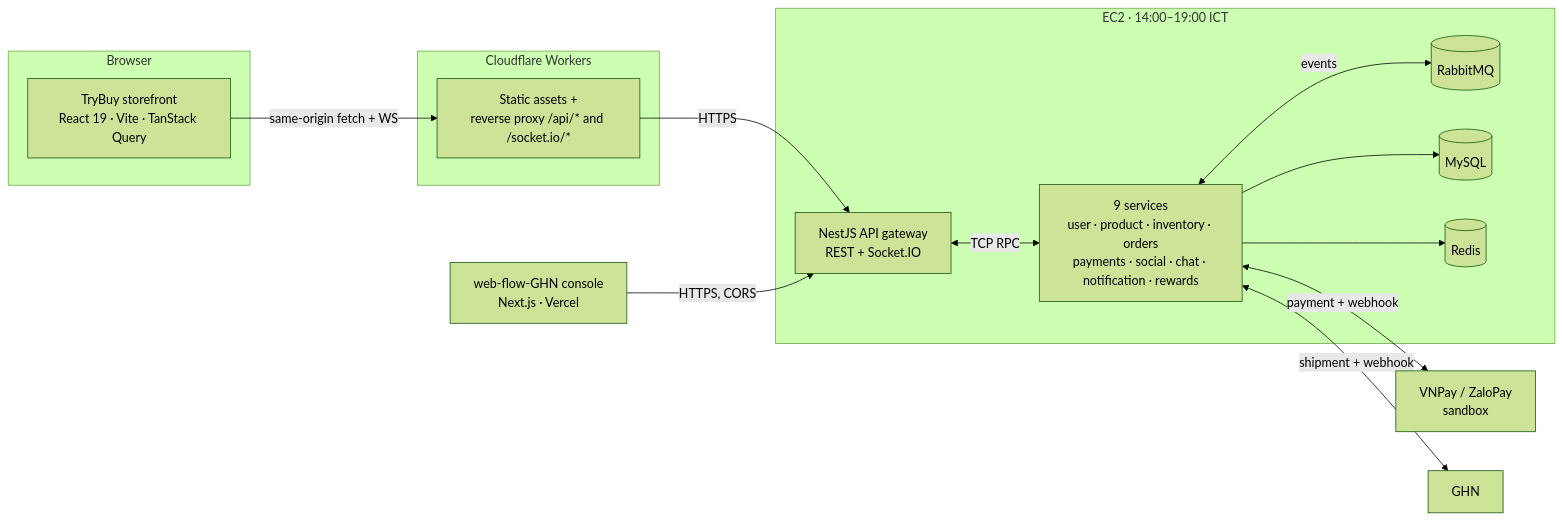
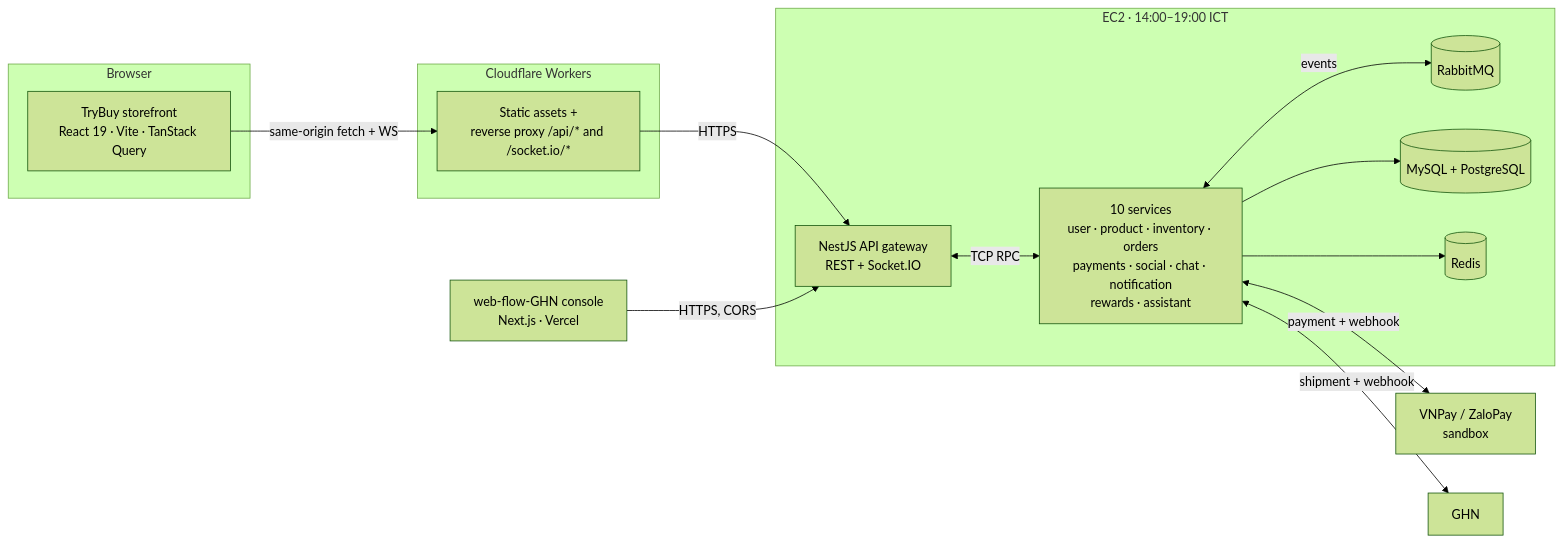
Before and after one commit to quangtruong01234/FE-React-Vite: the diagram in README.md, drawn with Mermaid (forest theme). The commit also changed other lines of this file, not shown here.

````diff
--- a/README.md
+++ b/README.md
@@ -33,32 +37,32 @@
 ```mermaid
 flowchart LR
     subgraph client["Browser"]
         SPA["TryBuy storefront<br/>React 19 · Vite · TanStack Query"]
     end
 
     subgraph edge["Cloudflare Workers"]
         W["Static assets +<br/>reverse proxy /api/* and /socket.io/*"]
     end
 
     subgraph ec2["EC2 · 14:00–19:00 ICT"]
         GW["NestJS API gateway<br/>REST + Socket.IO"]
-        SVC["9 services<br/>user · product · inventory · orders<br/>payments · social · chat · notification · rewards"]
+        SVC["10 services<br/>user · product · inventory · orders<br/>payments · social · chat · notification<br/>rewards · assistant"]
         MQ[("RabbitMQ")]
-        DB[("MySQL")]
+        DB[("MySQL + PostgreSQL")]
         RD[("Redis")]
     end
 
     VN["VNPay / ZaloPay<br/>sandbox"]
     GHN["GHN"]
     CONSOLE["web-flow-GHN console<br/>Next.js · Vercel"]
 
     SPA -->|"same-origin fetch + WS"| W
     W -->|"HTTPS"| GW
     GW <-->|"TCP RPC"| SVC
     SVC <-->|"events"| MQ
     SVC --> DB
     SVC --> RD
     SVC <-->|"payment + webhook"| VN
     SVC <-->|"shipment + webhook"| GHN
     CONSOLE -->|"HTTPS, CORS"| GW
 ```
````
